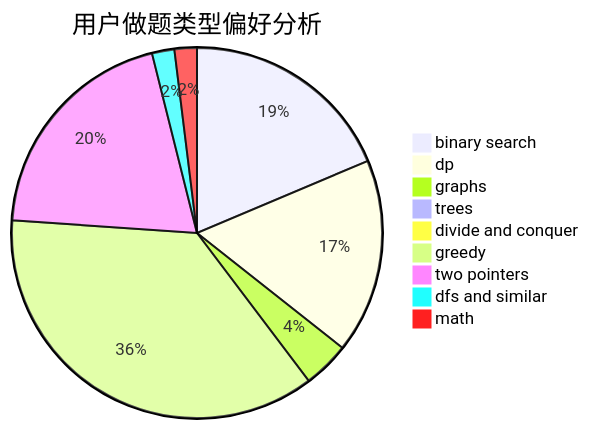
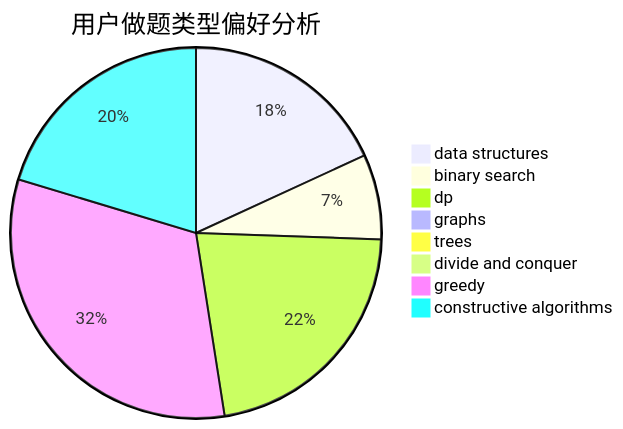
One commit to sherpahu/cfrs.github.io changed the second of 3 diagrams in docs/user/u1584.md. Above: the diagram before and after it, drawn with Mermaid. The commit also changed other lines of this file and 2775 other files, not shown here.

````diff
--- a/docs/user/u1584.md
+++ b/docs/user/u1584.md
@@ -23,12 +23,11 @@
 ```mermaid
 pie title 用户做题类型偏好分析
-    "binary search" :  124
-    "dp" :  113
-    "graphs" :  27
+    "data structures" :  66
+    "binary search" :  27
+    "dp" :  80
+    "graphs" :  1
     "trees" :  0
-    "divide and conquer" :  1
-    "greedy" :  242
-    "two pointers" :  133
-    "dfs and similar" :  13
-    "math" :  13
+    "divide and conquer" :  0
+    "greedy" :  117
+    "constructive algorithms" :  74
 ```
````
